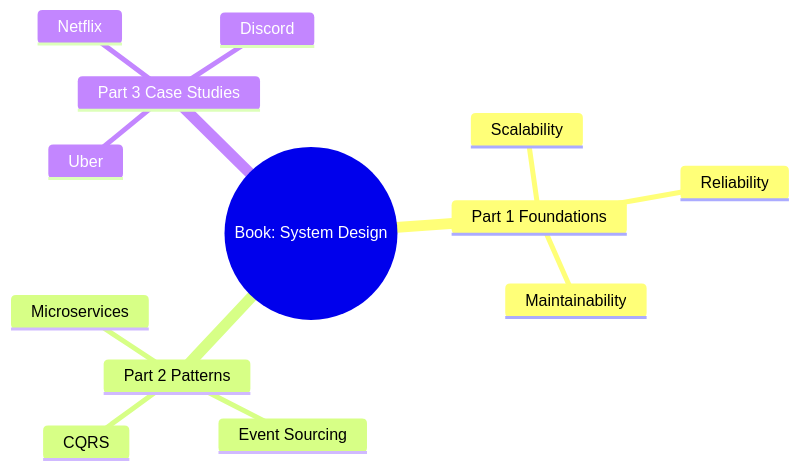
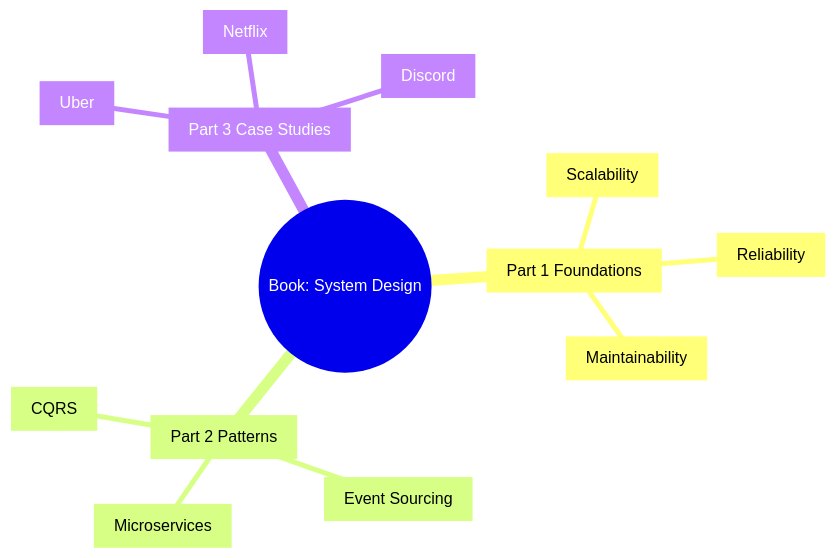
The fifth of 7 diagrams in obsidian/skills/obsidian-mermaid-visualizer/flow/mindmap.md (kouko/monkey-skills), drawn with Mermaid before and after one commit. The commit also changed other lines of this file and 17 other files, not shown here.

````diff
--- a/obsidian/skills/obsidian-mermaid-visualizer/flow/mindmap.md
+++ b/obsidian/skills/obsidian-mermaid-visualizer/flow/mindmap.md
@@ -86,16 +89,16 @@
 ```mermaid
 mindmap
-  root((Book: System Design))
-    Part 1 Foundations
-      Scalability
-      Reliability
-      Maintainability
-    Part 2 Patterns
-      Microservices
-      Event Sourcing
-      CQRS
-    Part 3 Case Studies
-      Uber
-      Netflix
-      Discord
+  root(("Book: System Design"))
+    Part1["Part 1 Foundations"]
+      Scalability["Scalability"]
+      Reliability["Reliability"]
+      Maintainability["Maintainability"]
+    Part2["Part 2 Patterns"]
+      Microservices["Microservices"]
+      EventSourcing["Event Sourcing"]
+      CQRS["CQRS"]
+    Part3["Part 3 Case Studies"]
+      Uber["Uber"]
+      Netflix["Netflix"]
+      Discord["Discord"]
 ```
````
